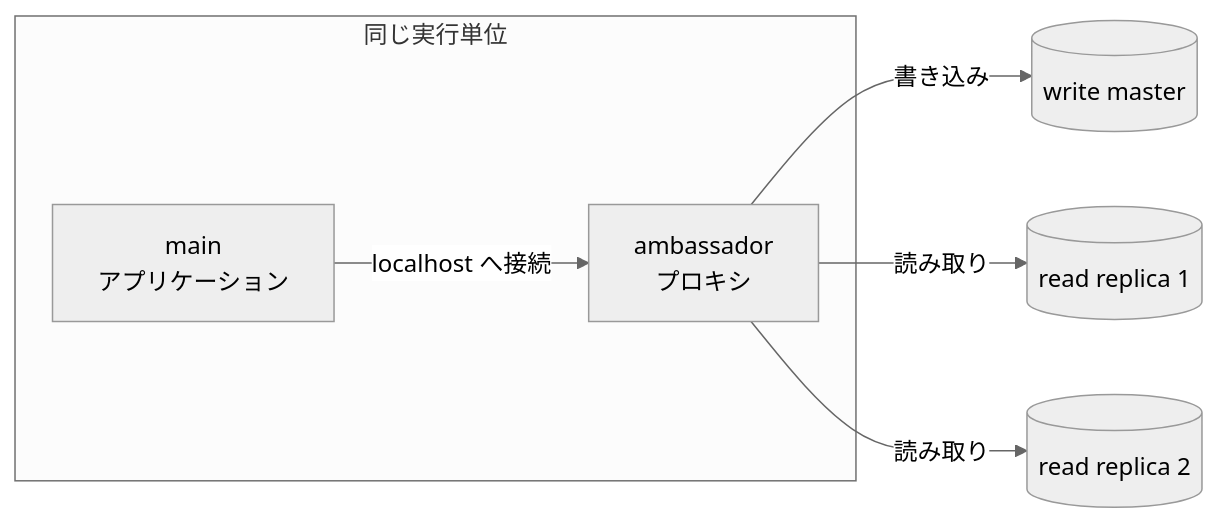
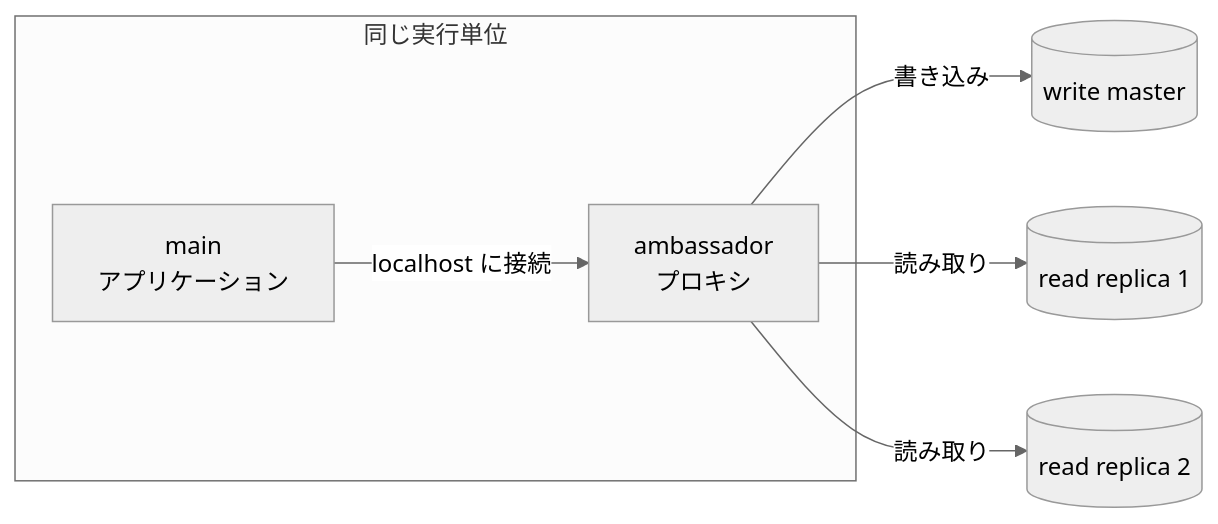
The first of 3 diagrams in content/notes/software-architecture/ambassador/index.md (nao1215/debimate), drawn with Mermaid (neutral theme) before and after one commit. The commit also changed other lines of this file and 46 other files, not shown here.

````diff
--- a/content/notes/software-architecture/ambassador/index.md
+++ b/content/notes/software-architecture/ambassador/index.md
@@ -20,11 +20,11 @@
 ```mermaid
 flowchart LR
     subgraph UNIT["同じ実行単位"]
         A["main<br/>アプリケーション"]
         B["ambassador<br/>プロキシ"]
-        A -- localhost へ接続 --> B
+        A -- localhost に接続 --> B
     end
     B -- 書き込み --> M[("write master")]
     B -- 読み取り --> R1[("read replica 1")]
     B -- 読み取り --> R2[("read replica 2")]
 ```
````
